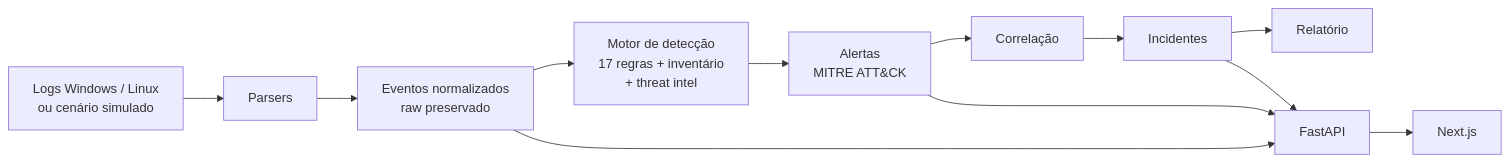
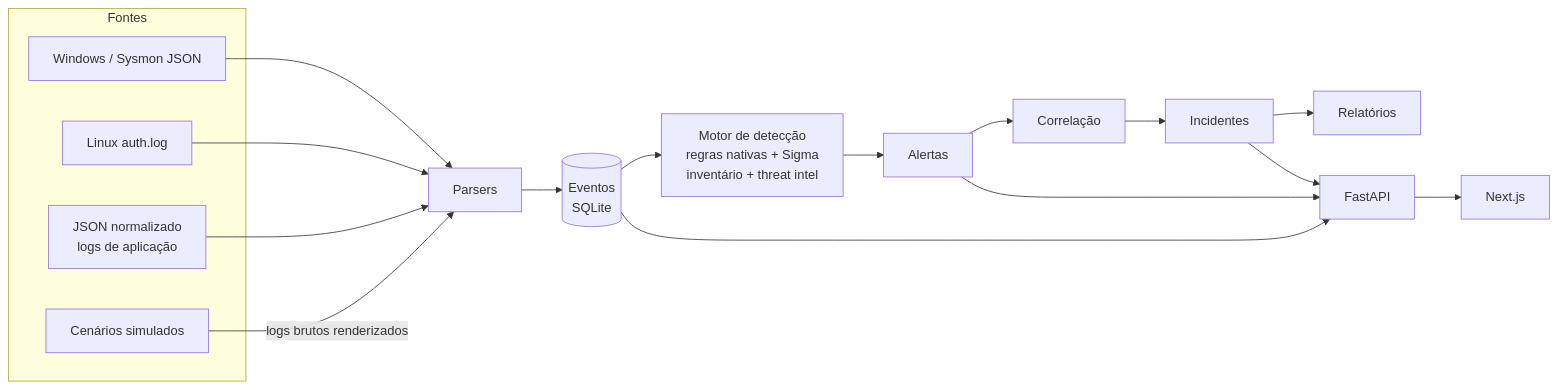
The second of 2 diagrams in README.md (orleans-samai/soc-investigation-lab), drawn with Mermaid before and after one commit. The commit also changed other lines of this file and 15 other files, not shown here.

````diff
--- a/README.md
+++ b/README.md
@@ -106,11 +268,15 @@
 ```mermaid
 flowchart LR
-    L[Logs Windows / Linux<br/>ou cenário simulado] --> P[Parsers]
-    P --> N[Eventos normalizados<br/>raw preservado]
-    N --> D[Motor de detecção<br/>17 regras + inventário<br/>+ threat intel]
-    D --> A[Alertas<br/>MITRE ATT&CK]
-    A --> C[Correlação]
-    C --> I[Incidentes]
-    I --> R[Relatório]
-    N & A & I --> API[FastAPI] --> UI[Next.js]
+    subgraph Fontes
+        W[Windows / Sysmon JSON]
+        X[Linux auth.log]
+        J[JSON normalizado<br/>logs de aplicação]
+        S[Cenários simulados]
+    end
+    W & X & J --> P[Parsers]
+    S -->|logs brutos renderizados| P
+    P --> E[(Eventos<br/>SQLite)]
+    E --> M["Motor de detecção<br/>regras nativas + Sigma<br/>inventário + threat intel"]
+    M --> A[Alertas] --> C[Correlação] --> I[Incidentes] --> R[Relatórios]
+    E & A & I --> API[FastAPI] --> UI[Next.js]
 ```
````
